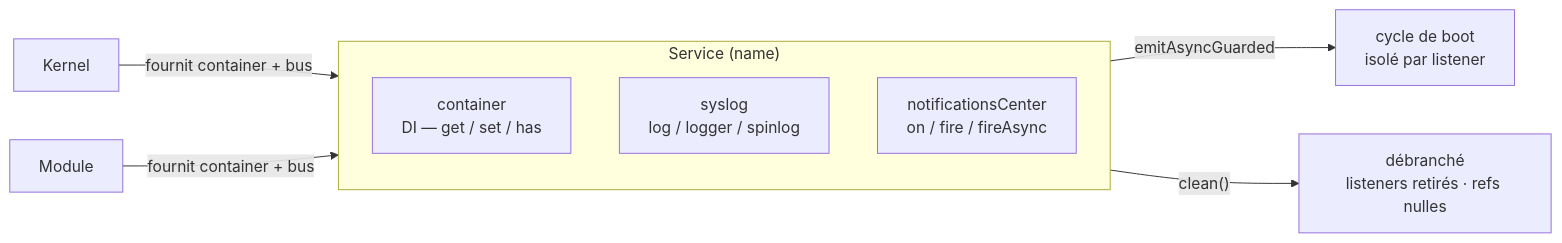
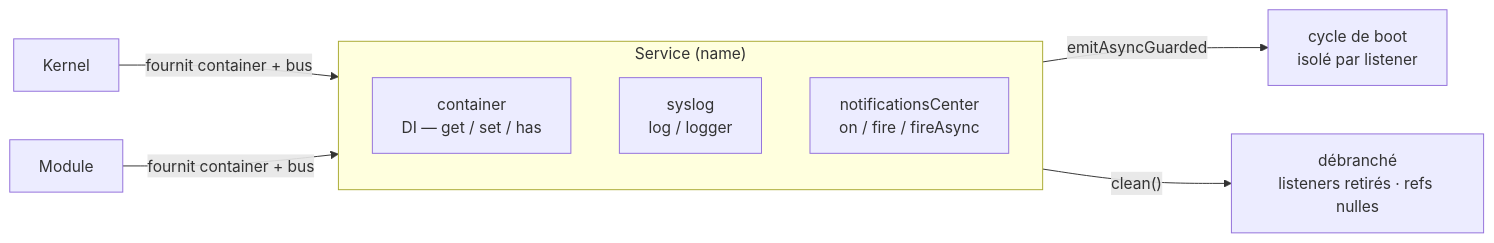
One commit to nodefony/nodefony-core changed the first of 2 diagrams in src/nodefony/docs/service.md. Above: the diagram before and after it, drawn with Mermaid. The commit also changed other lines of this file and 19 other files, not shown here.

````diff
--- a/src/nodefony/docs/service.md
+++ b/src/nodefony/docs/service.md
@@ -36,13 +36,13 @@
 ```mermaid
 flowchart LR
   subgraph S["Service (name)"]
     direction TB
     C["container<br/>DI — get / set / has"]
-    L["syslog<br/>log / logger / spinlog"]
+    L["syslog<br/>log / logger"]
     N["notificationsCenter<br/>on / fire / fireAsync"]
   end
   K["Kernel"] -->|"fournit container + bus"| S
   M["Module"] -->|"fournit container + bus"| S
   S -->|"clean()"| X["débranché<br/>listeners retirés · refs nulles"]
   N -->|"emitAsyncGuarded"| B["cycle de boot<br/>isolé par listener"]
 ```
````
